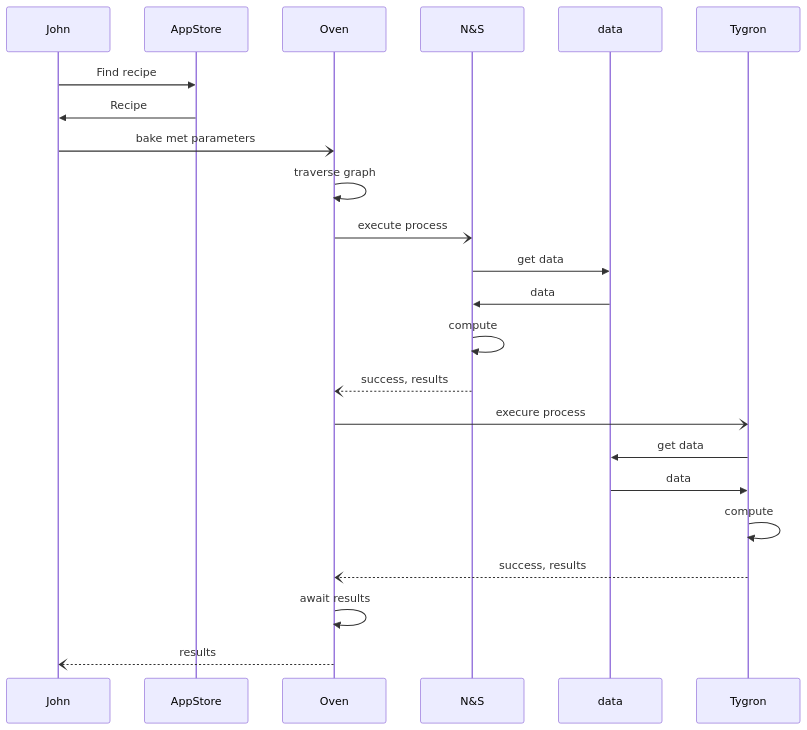
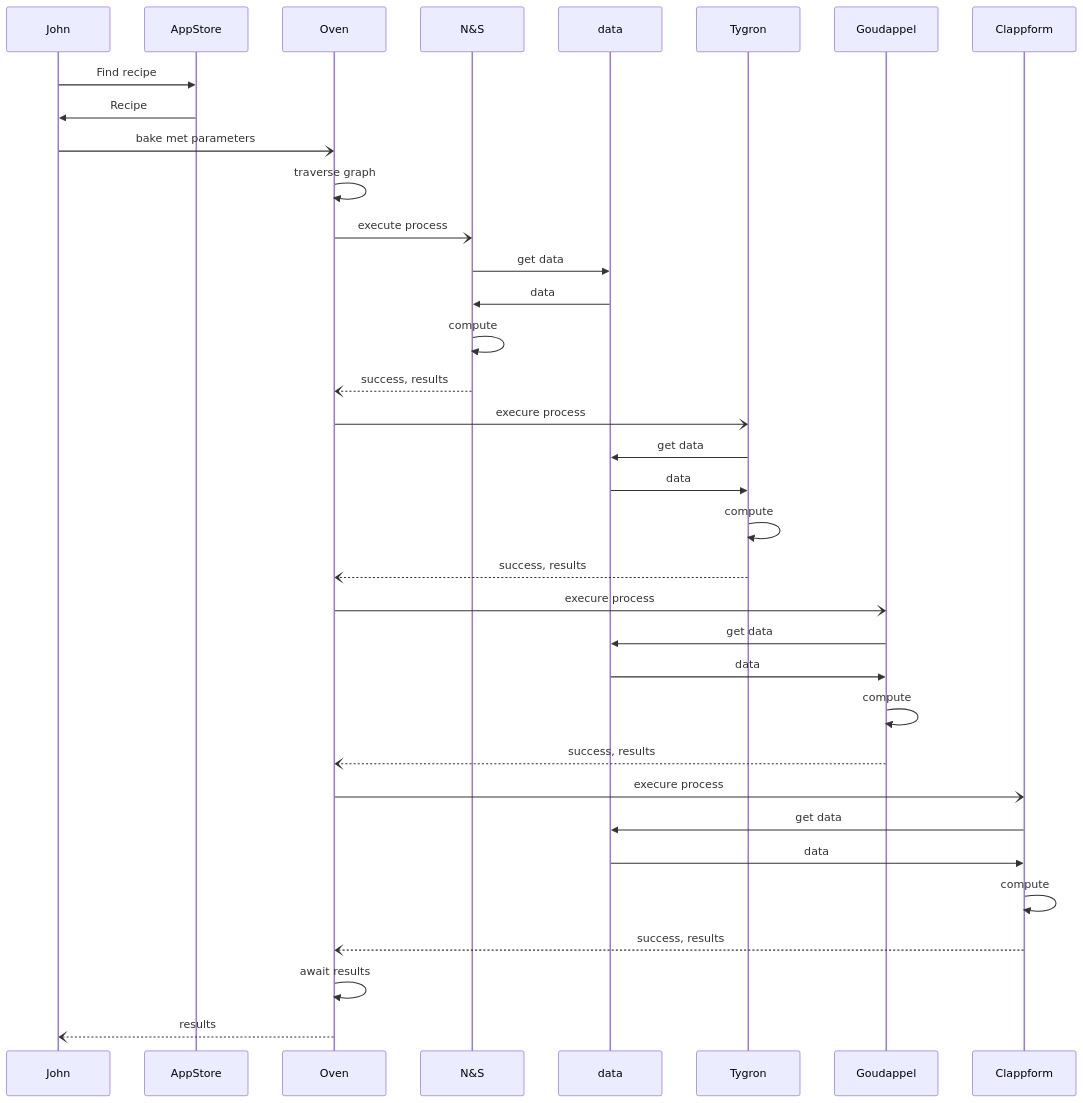
The second of 2 diagrams in README.md (Geonovum/nLDT-AppStore), drawn with Mermaid before and after one commit. The commit also changed other lines of this file, not shown here.

````diff
--- a/README.md
+++ b/README.md
@@ -22,21 +24,34 @@
 ```mermaid
 sequenceDiagram
     participant John
   
     John->>AppStore:Find recipe
     AppStore->>John:Recipe
     John-)Oven:bake met parameters
     Oven->>Oven: traverse graph
     Oven-)N&S:execute process
     N&S->>data:get data
     data->>N&S: data
     N&S->>N&S: compute
     N&S--)Oven: success, results
     Oven-)Tygron:execure process
     Tygron->>data:get data
     data->>Tygron: data
     Tygron->>Tygron: compute
     Tygron--)Oven: success, results
+
+    Oven-)Goudappel:execure process
+    Goudappel->>data:get data
+    data->>Goudappel: data
+    Goudappel->>Goudappel: compute
+    Goudappel--)Oven: success, results
+
+    Oven-)Clappform:execure process
+    Clappform->>data:get data
+    data->>Clappform: data
+    Clappform->>Clappform: compute
+    Clappform--)Oven: success, results
+
     Oven->>Oven: await results
     Oven--)John: results    
 ```
````
